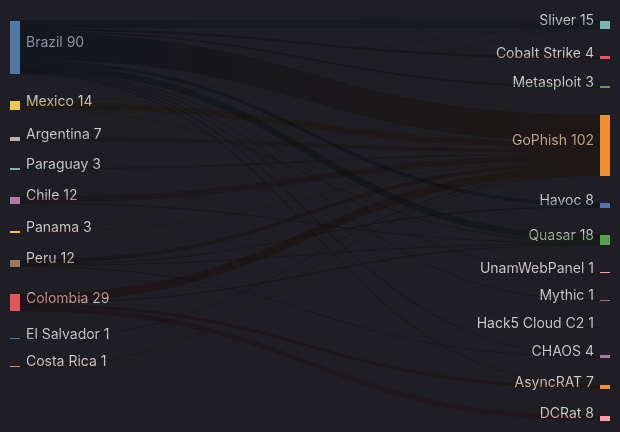
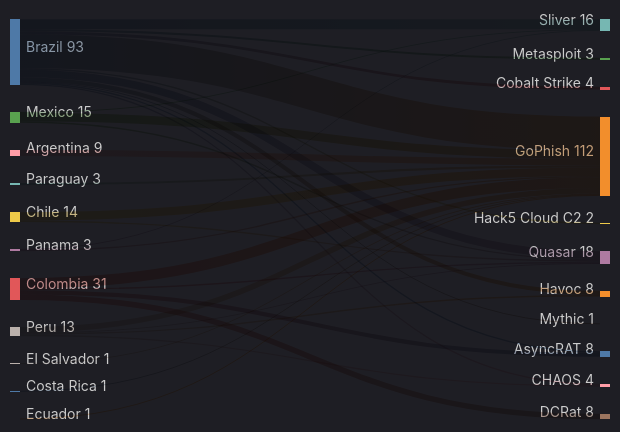
Before and after one commit to ZoqueLabs/website: the fifth of 8 diagrams in zolim.md, drawn with Mermaid. The commit also changed other lines of this file, not shown here.

````diff
--- a/zolim.md
+++ b/zolim.md
@@ -114,38 +116,38 @@
 ```mermaid
----
-config:
-  theme: dark
----
+---  
+config:  
+ theme: dark  
+--- 
 %% Country → Threat (top)
 sankey-beta
-  Brazil,GoPhish,46
-  Colombia,GoPhish,14
-  Brazil,Sliver,13
+  Brazil,GoPhish,48
+  Colombia,GoPhish,15
+  Brazil,Sliver,14
+  Mexico,GoPhish,12
+  Chile,GoPhish,12
   Brazil,Quasar,11
-  Mexico,GoPhish,11
-  Chile,GoPhish,10
+  Argentina,GoPhish,9
   Colombia,DCRat,8
-  Peru,GoPhish,7
-  Argentina,GoPhish,7
+  Peru,GoPhish,8
+  Colombia,AsyncRAT,6
   Brazil,Havoc,6
-  Colombia,AsyncRAT,5
   Brazil,Cobalt Strike,4
   Paraguay,GoPhish,3
   Brazil,Metasploit,3
+  Brazil,Hack5 Cloud C2,2
   Chile,Quasar,2
   Panama,GoPhish,2
   Mexico,Quasar,2
   Colombia,Quasar,2
   Peru,Havoc,2
   Brazil,AsyncRAT,2
   Peru,CHAOS,2
   Brazil,CHAOS,2
-  Brazil,UnamWebPanel,1
   Brazil,Mythic,1
-  Brazil,Hack5 Cloud C2,1
   Mexico,Sliver,1
   Panama,Sliver,1
   Peru,Quasar,1
   El Salvador,GoPhish,1
   Costa Rica,GoPhish,1
+  Ecuador,GoPhish,1
 ```
````
